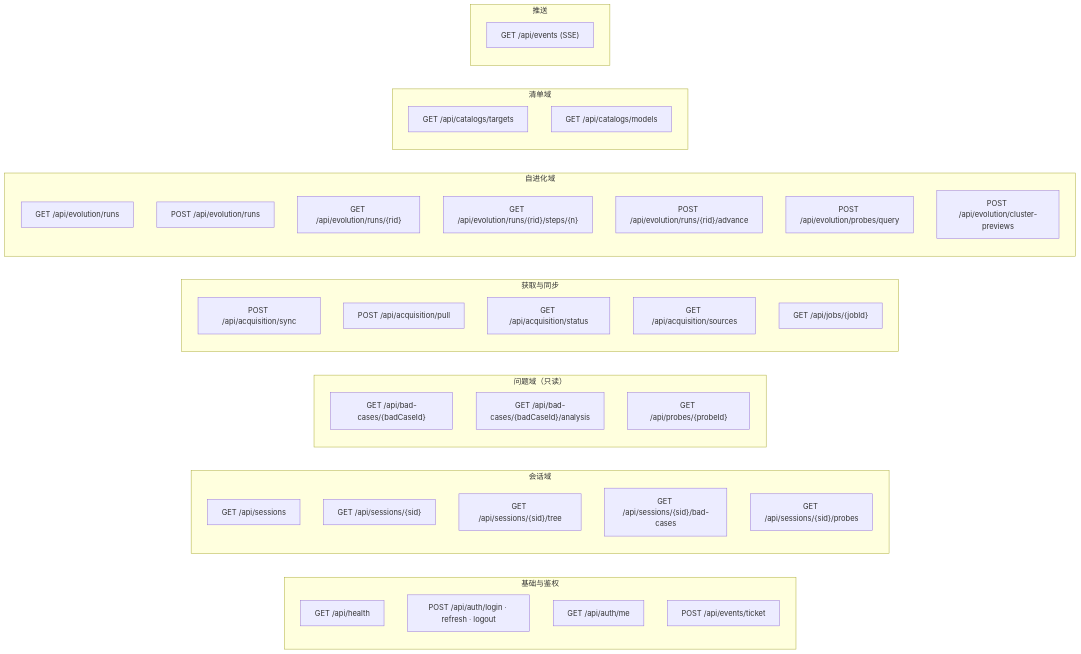
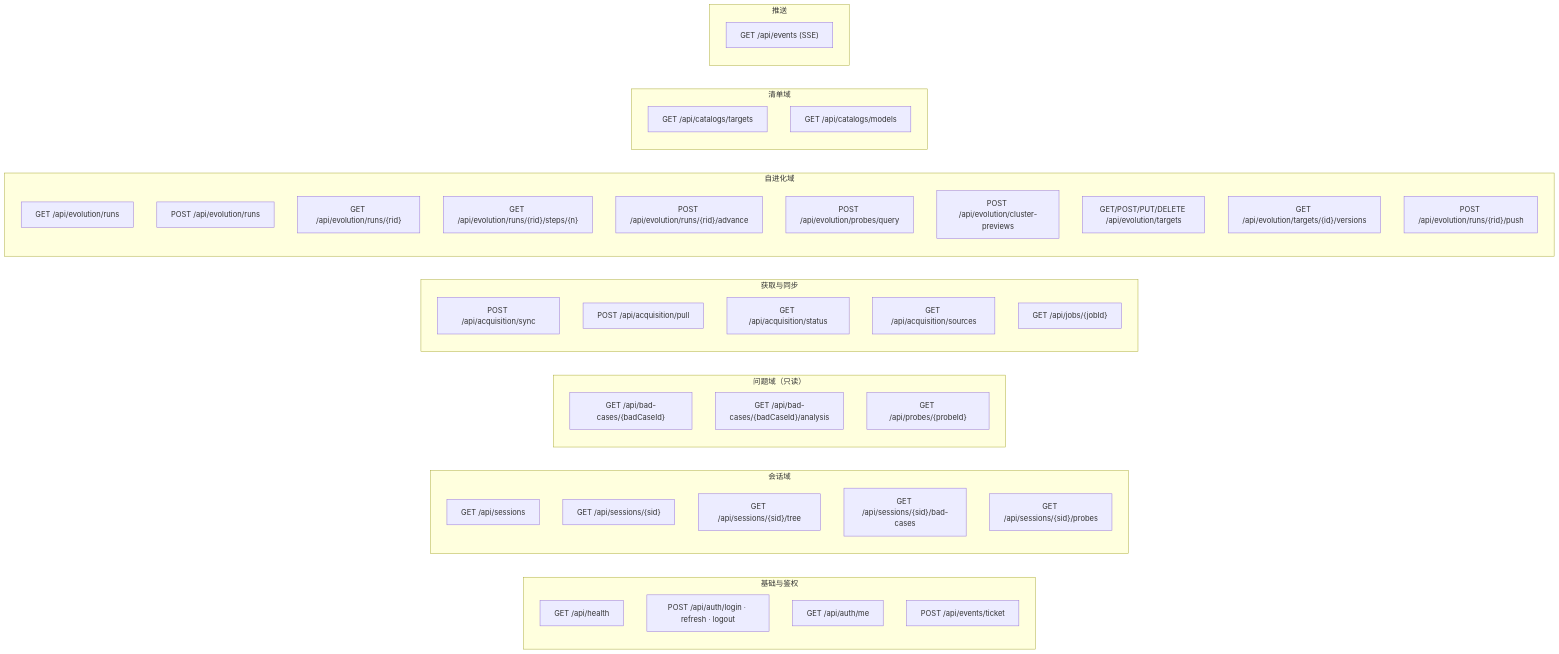
The second of 3 diagrams in plans/fullstack-design/05-api-design.md (Shadow-Azure/harness-evolution), drawn with Mermaid before and after one commit. The commit also changed other lines of this file and 10 other files, not shown here.

````diff
--- a/plans/fullstack-design/05-api-design.md
+++ b/plans/fullstack-design/05-api-design.md
@@ -239,44 +250,47 @@
 ```mermaid
 flowchart LR
     subgraph Base["基础与鉴权"]
         H["GET /api/health"]
         A1["POST /api/auth/login · refresh · logout"]
         A2["GET /api/auth/me"]
         A3["POST /api/events/ticket"]
     end
     subgraph Sessions["会话域"]
         S1["GET /api/sessions"]
         S2["GET /api/sessions/{sid}"]
         S3["GET /api/sessions/{sid}/tree"]
         S6["GET /api/sessions/{sid}/bad-cases"]
         S8["GET /api/sessions/{sid}/probes"]
     end
     subgraph Problems["问题域（只读）"]
         F1["GET /api/bad-cases/{badCaseId}"]
         F2["GET /api/bad-cases/{badCaseId}/analysis"]
         F3["GET /api/probes/{probeId}"]
     end
     subgraph Acq["获取与同步"]
         I1["POST /api/acquisition/sync"]
         I2["POST /api/acquisition/pull"]
         I3["GET /api/acquisition/status"]
         I4["GET /api/acquisition/sources"]
         I5["GET /api/jobs/{jobId}"]
     end
     subgraph Evo["自进化域"]
         E1["GET /api/evolution/runs"]
         E2["POST /api/evolution/runs"]
         E3["GET /api/evolution/runs/{rid}"]
         E4["GET /api/evolution/runs/{rid}/steps/{n}"]
         E5["POST /api/evolution/runs/{rid}/advance"]
         E6["POST /api/evolution/probes/query"]
         E7["POST /api/evolution/cluster-previews"]
+        E8["GET/POST/PUT/DELETE /api/evolution/targets"]
+        E9["GET /api/evolution/targets/{id}/versions"]
+        E10["POST /api/evolution/runs/{rid}/push"]
     end
     subgraph Catalogs["清单域"]
         C1["GET /api/catalogs/targets"]
         C2["GET /api/catalogs/models"]
     end
     subgraph Events["推送"]
         V1["GET /api/events (SSE)"]
     end
 ```
````
